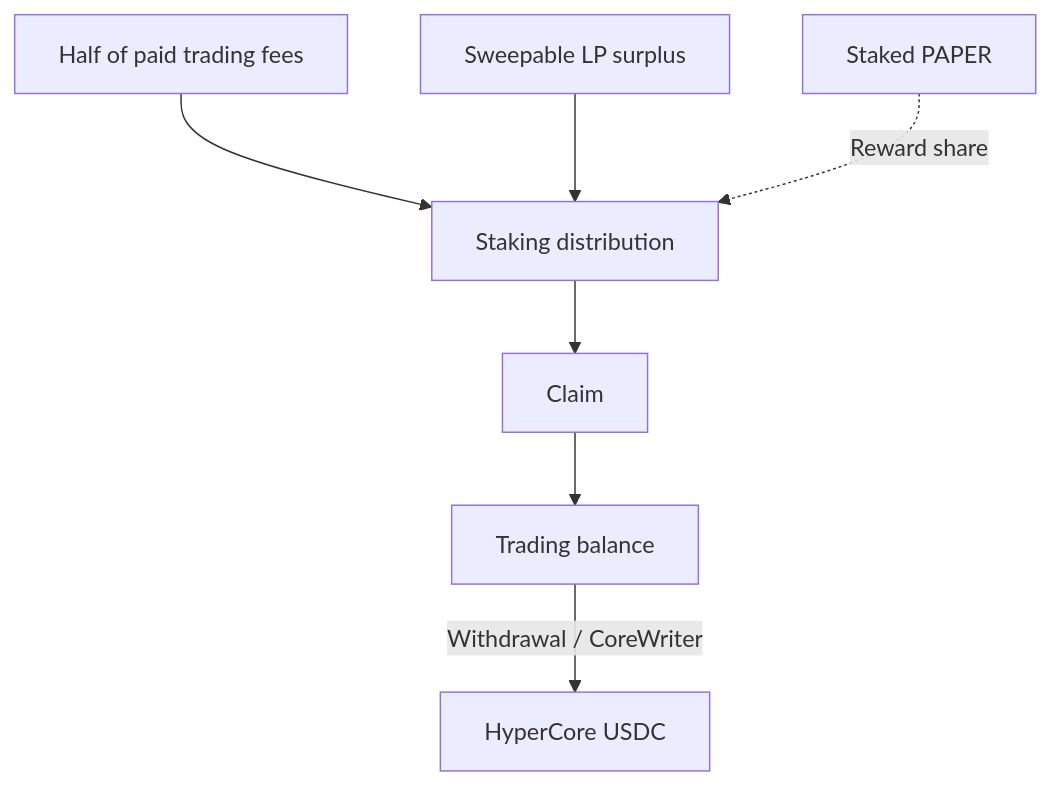
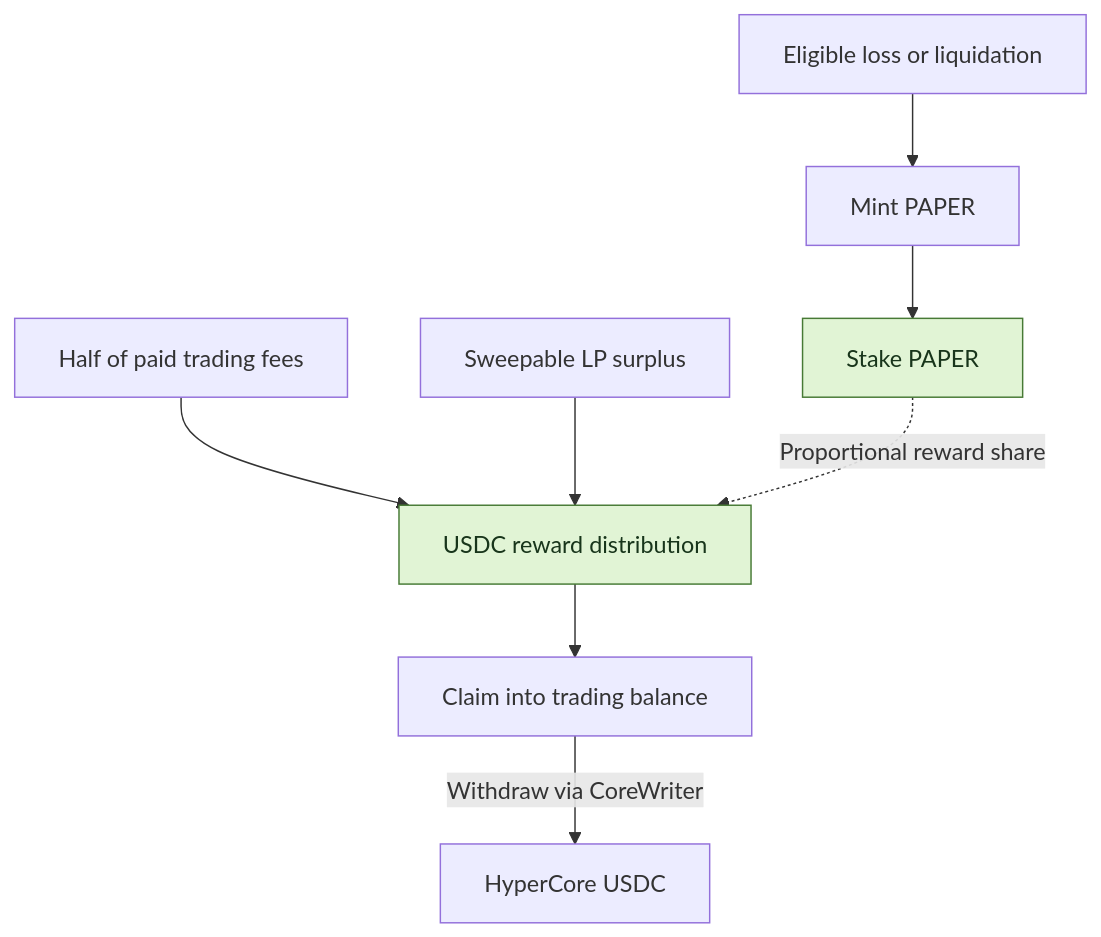
The second of 2 diagrams in README.md (KoNit-K/papertrade-lab), drawn with Mermaid before and after one commit. The commit also changed other lines of this file and 1 other file, not shown here.

Commit message:
docs: refocus readmes on trading costs and PAPER dividends

````diff
--- a/README.md
+++ b/README.md
@@ -65,9 +86,12 @@
 ```mermaid
 flowchart TB
-    Fees[Half of paid trading fees] --> Rewards[Staking distribution]
+    Loss[Eligible loss or liquidation] --> Mint[Mint PAPER]
+    Mint --> Stake[Stake PAPER]
+    Fees[Half of paid trading fees] --> Rewards[USDC reward distribution]
     Surplus[Sweepable LP surplus] --> Rewards
-    PAPER[Staked PAPER] -.->|Reward share| Rewards
-    Rewards --> Claim[Claim]
-    Claim --> Balance[Trading balance]
-    Balance -->|Withdrawal / CoreWriter| Core[HyperCore USDC]
+    Stake -.->|Proportional reward share| Rewards
+    Rewards --> Claim[Claim into trading balance]
+    Claim -->|Withdraw via CoreWriter| Core[HyperCore USDC]
+    classDef accent fill:#e1f4d5,stroke:#477a35,color:#18351b
+    class Stake,Rewards accent
 ```
````
